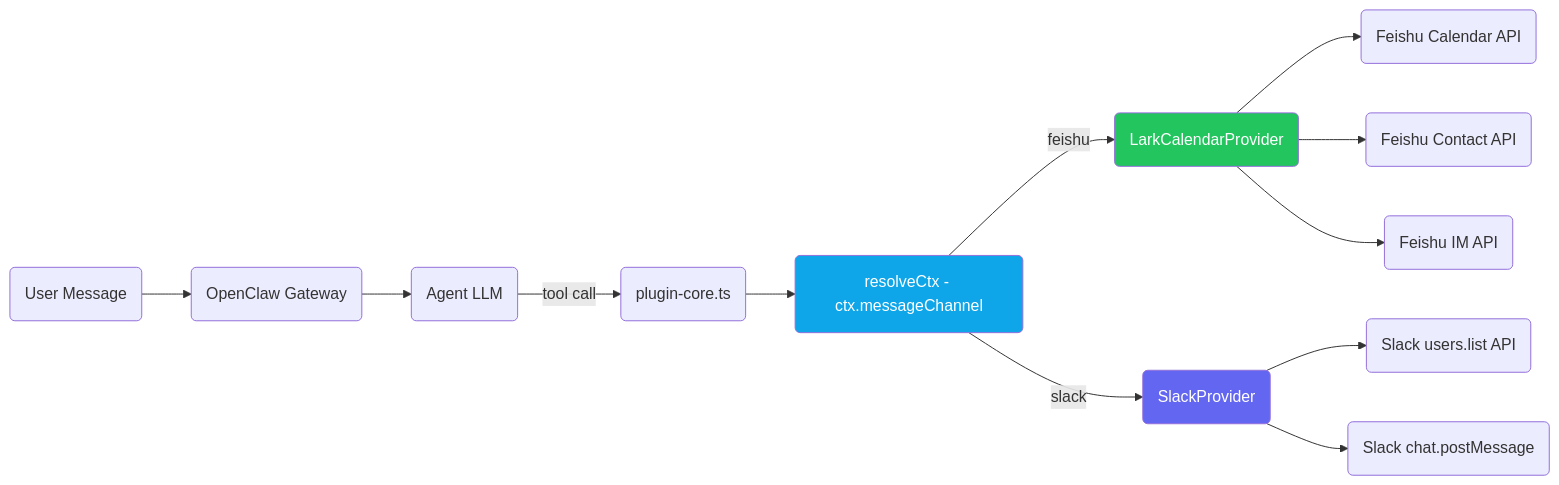
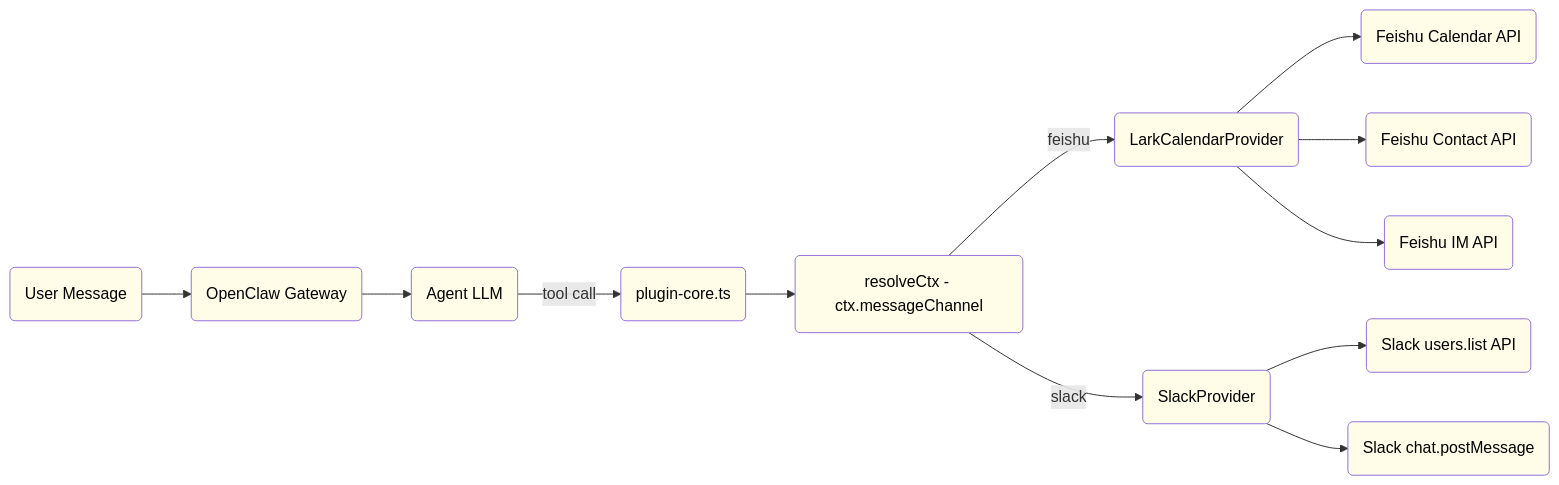
One commit to javana3/claw_meeting_all changed the second of 13 diagrams in README.md. Above: the diagram before and after it, drawn with Mermaid. The commit also changed other lines of this file, not shown here.

Commit message:
Replace all mermaid diagram colors with light yellow (#fffde7)

````diff
--- a/README.md
+++ b/README.md
@@ -66,18 +71,27 @@
 ```mermaid
 graph LR
     MSG(User Message) --> GW(OpenClaw Gateway)
     GW --> AGENT(Agent LLM)
     AGENT -->|tool call| CORE(plugin-core.ts)
     CORE --> CTX(resolveCtx - ctx.messageChannel)
     CTX -->|feishu| LP(LarkCalendarProvider)
     CTX -->|slack| SP(SlackProvider)
     LP --> LAPI(Feishu Calendar API)
     LP --> LDIR(Feishu Contact API)
     LP --> LDM(Feishu IM API)
     SP --> SDIR(Slack users.list API)
     SP --> SDM(Slack chat.postMessage)
 
-    style CTX fill:#0ea5e9,color:#fff
-    style LP fill:#22c55e,color:#fff
-    style SP fill:#6366f1,color:#fff
+    style CTX fill:#fffde7,color:#000
+    style LP fill:#fffde7,color:#000
+    style SP fill:#fffde7,color:#000
+    style MSG fill:#fffde7,color:#000
+    style GW fill:#fffde7,color:#000
+    style AGENT fill:#fffde7,color:#000
+    style CORE fill:#fffde7,color:#000
+    style LAPI fill:#fffde7,color:#000
+    style LDIR fill:#fffde7,color:#000
+    style LDM fill:#fffde7,color:#000
+    style SDIR fill:#fffde7,color:#000
+    style SDM fill:#fffde7,color:#000
 ```
````
